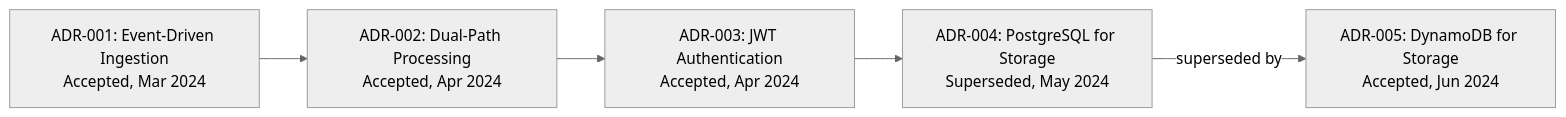
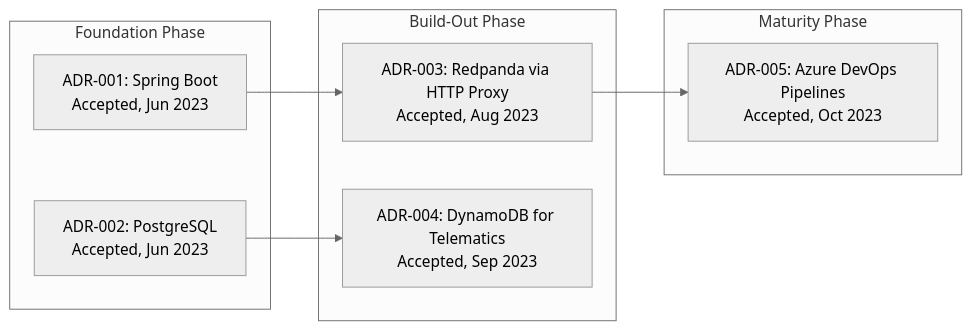
One commit to huya-an/claude-plugin--doc-gen changed the diagram in skills/doc-adr/SKILL.md. Above: the diagram before and after it, drawn with Mermaid (neutral theme). The commit also changed other lines of this file, not shown here.

First line of the commit message:
Overhaul doc-adr skill from ADR-finder to decision-mining agent

````diff
--- a/skills/doc-adr/SKILL.md
+++ b/skills/doc-adr/SKILL.md
@@ -42,13 +155,20 @@
 ```mermaid
 flowchart LR
-    adr001["ADR-001: Event-Driven Ingestion<br/>Accepted, Mar 2024"]
-    adr002["ADR-002: Dual-Path Processing<br/>Accepted, Apr 2024"]
-    adr003["ADR-003: JWT Authentication<br/>Accepted, Apr 2024"]
-    adr004["ADR-004: PostgreSQL for Storage<br/>Superseded, May 2024"]
-    adr005["ADR-005: DynamoDB for Storage<br/>Accepted, Jun 2024"]
+    subgraph Foundation ["Foundation Phase"]
+        adr001["ADR-001: Spring Boot<br/>Accepted, Jun 2023"]
+        adr002["ADR-002: PostgreSQL<br/>Accepted, Jun 2023"]
+    end
 
-    adr001 --> adr002
-    adr002 --> adr003
-    adr003 --> adr004
-    adr004 -->|"superseded by"| adr005
+    subgraph BuildOut ["Build-Out Phase"]
+        adr003["ADR-003: Redpanda via HTTP Proxy<br/>Accepted, Aug 2023"]
+        adr004["ADR-004: DynamoDB for Telematics<br/>Accepted, Sep 2023"]
+    end
+
+    subgraph Maturity ["Maturity Phase"]
+        adr005["ADR-005: Azure DevOps Pipelines<br/>Accepted, Oct 2023"]
+    end
+
+    adr001 --> adr003
+    adr002 --> adr004
+    adr003 --> adr005
 ```
````
